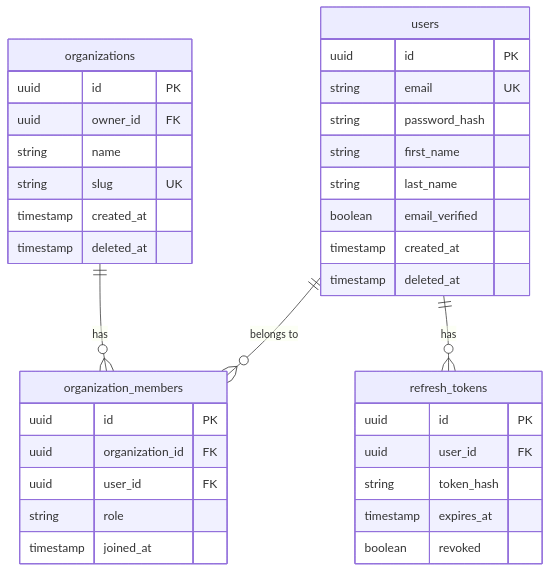
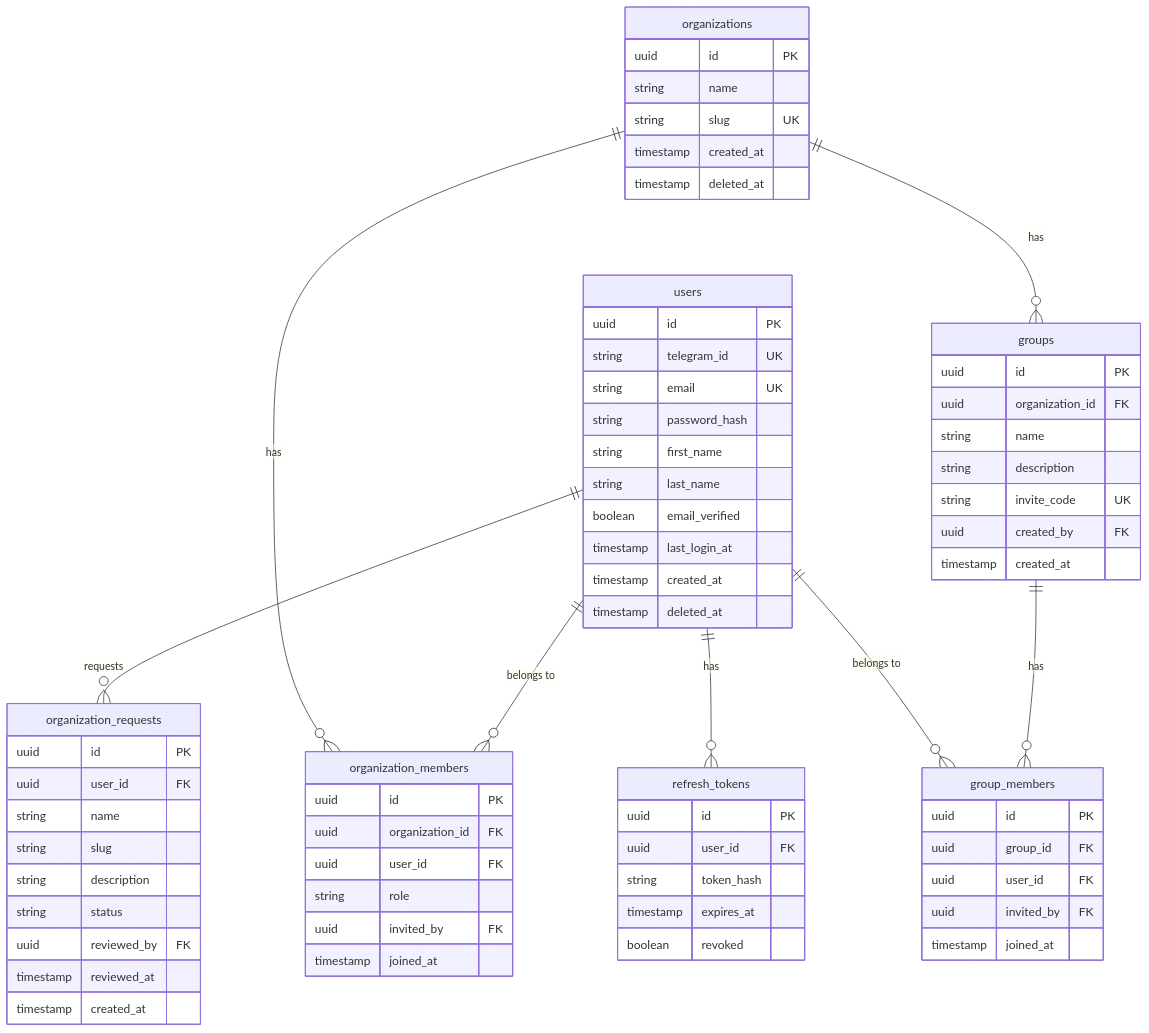
One commit to egorov-ma/aqstream changed the diagram in docs/tech-stack/backend/services/user-service.md. Above: the diagram before and after it, drawn with Mermaid. The commit also changed other lines of this file and 47 other files, not shown here.

````diff
--- a/docs/tech-stack/backend/services/user-service.md
+++ b/docs/tech-stack/backend/services/user-service.md
@@ -66,42 +90,78 @@
 ```mermaid
 erDiagram
     users ||--o{ organization_members : "belongs to"
+    users ||--o{ organization_requests : "requests"
     organizations ||--o{ organization_members : "has"
+    organizations ||--o{ groups : "has"
+    groups ||--o{ group_members : "has"
+    users ||--o{ group_members : "belongs to"
     users ||--o{ refresh_tokens : "has"
-    
+
     users {
         uuid id PK
+        string telegram_id UK
         string email UK
         string password_hash
         string first_name
         string last_name
         boolean email_verified
+        timestamp last_login_at
         timestamp created_at
         timestamp deleted_at
     }
-    
+
+    organization_requests {
+        uuid id PK
+        uuid user_id FK
+        string name
+        string slug
+        string description
+        string status
+        uuid reviewed_by FK
+        timestamp reviewed_at
+        timestamp created_at
+    }
+
     organizations {
         uuid id PK
-        uuid owner_id FK
         string name
         string slug UK
         timestamp created_at
         timestamp deleted_at
     }
-    
+
     organization_members {
         uuid id PK
         uuid organization_id FK
         uuid user_id FK
         string role
+        uuid invited_by FK
         timestamp joined_at
     }
-    
+
+    groups {
+        uuid id PK
+        uuid organization_id FK
+        string name
+        string description
+        string invite_code UK
+        uuid created_by FK
+        timestamp created_at
+    }
+
+    group_members {
+        uuid id PK
+        uuid group_id FK
+        uuid user_id FK
+        uuid invited_by FK
+        timestamp joined_at
+    }
+
     refresh_tokens {
         uuid id PK
         uuid user_id FK
         string token_hash
         timestamp expires_at
         boolean revoked
     }
 ```
````
